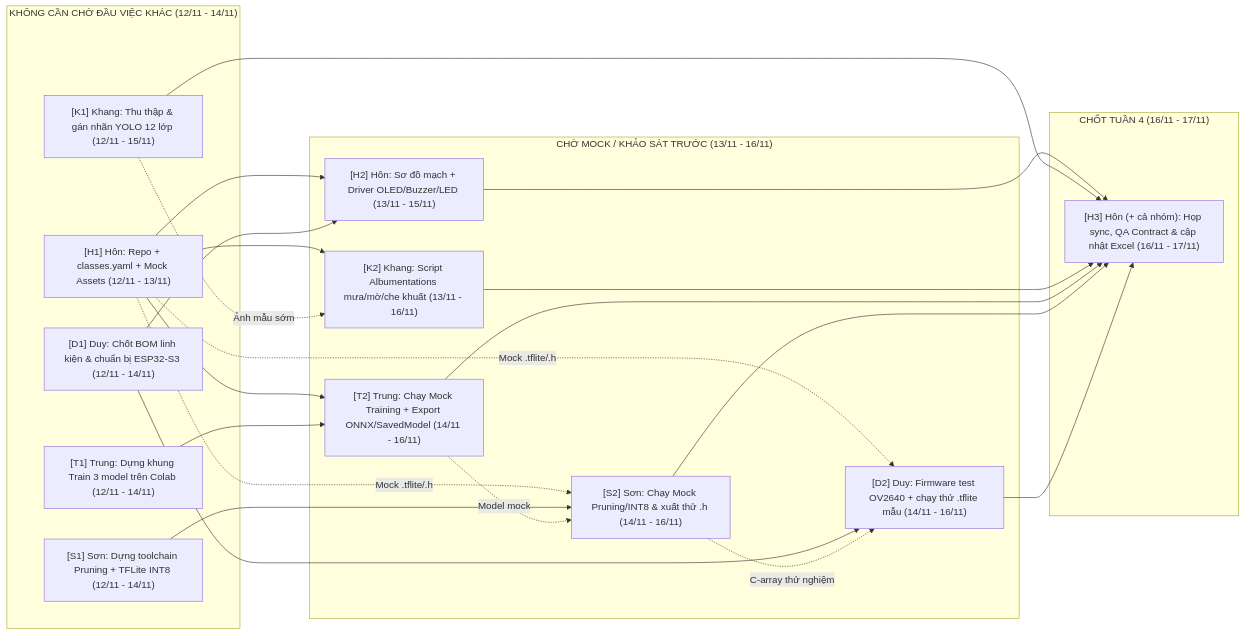
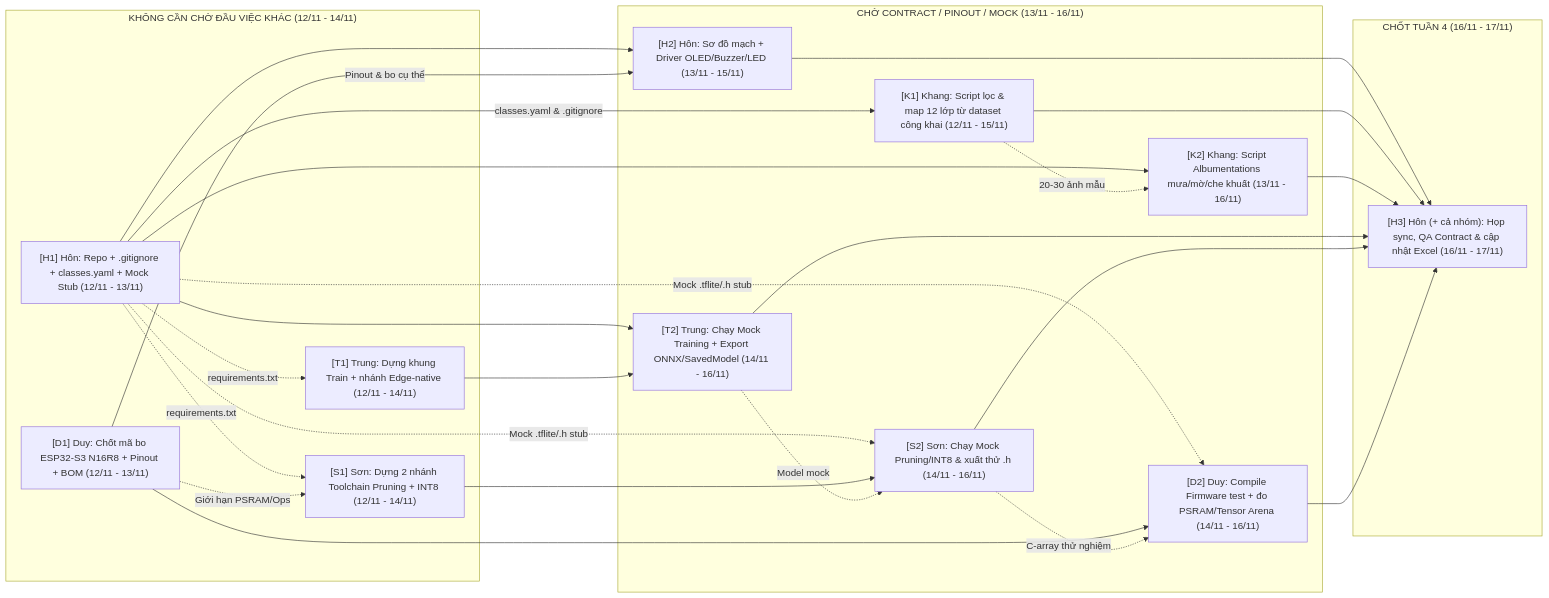
The diagram in Ke_Hoach_Thuc_Hien_Tuan_4.md (mrkiss-it/ce340-edgeai-traffic-sign-motorbike), drawn with Mermaid before and after one commit. The commit also changed other lines of this file, not shown here.

Commit message:
docs: fix TinyML toolchain split, ESP32-S3 feasibility, QCVN mapping, and git hygiene in Week 4 plan

````diff
--- a/Ke_Hoach_Thuc_Hien_Tuan_4.md
+++ b/Ke_Hoach_Thuc_Hien_Tuan_4.md
@@ -13,41 +13,45 @@
 ```mermaid
 flowchart LR
     subgraph PARALLEL["KHÔNG CẦN CHỜ ĐẦU VIỆC KHÁC (12/11 - 14/11)"]
-        H1["[H1] Hôn: Repo + classes.yaml + Mock Assets (12/11 - 13/11)"]
-        K1["[K1] Khang: Thu thập & gán nhãn YOLO 12 lớp (12/11 - 15/11)"]
-        D1["[D1] Duy: Chốt BOM linh kiện & chuẩn bị ESP32-S3 (12/11 - 14/11)"]
-        T1["[T1] Trung: Dựng khung Train 3 model trên Colab (12/11 - 14/11)"]
-        S1["[S1] Sơn: Dựng toolchain Pruning + TFLite INT8 (12/11 - 14/11)"]
+        H1["[H1] Hôn: Repo + .gitignore + classes.yaml + Mock Stub (12/11 - 13/11)"]
+        D1["[D1] Duy: Chốt mã bo ESP32-S3 N16R8 + Pinout + BOM (12/11 - 13/11)"]
+        T1["[T1] Trung: Dựng khung Train + nhánh Edge-native (12/11 - 14/11)"]
+        S1["[S1] Sơn: Dựng 2 nhánh Toolchain Pruning + INT8 (12/11 - 14/11)"]
     end
 
-    subgraph BLOCKED["CHỜ MOCK / KHẢO SÁT TRƯỚC (13/11 - 16/11)"]
+    subgraph BLOCKED["CHỜ CONTRACT / PINOUT / MOCK (13/11 - 16/11)"]
+        K1["[K1] Khang: Script lọc & map 12 lớp từ dataset công khai (12/11 - 15/11)"]
         H2["[H2] Hôn: Sơ đồ mạch + Driver OLED/Buzzer/LED (13/11 - 15/11)"]
         K2["[K2] Khang: Script Albumentations mưa/mờ/che khuất (13/11 - 16/11)"]
         T2["[T2] Trung: Chạy Mock Training + Export ONNX/SavedModel (14/11 - 16/11)"]
         S2["[S2] Sơn: Chạy Mock Pruning/INT8 & xuất thử .h (14/11 - 16/11)"]
-        D2["[D2] Duy: Firmware test OV2640 + chạy thử .tflite mẫu (14/11 - 16/11)"]
+        D2["[D2] Duy: Compile Firmware test + đo PSRAM/Tensor Arena (14/11 - 16/11)"]
     end
 
     subgraph SYNC["CHỐT TUẦN 4 (16/11 - 17/11)"]
         H3["[H3] Hôn (+ cả nhóm): Họp sync, QA Contract & cập nhật Excel (16/11 - 17/11)"]
     end
 
+    H1 -->|classes.yaml & .gitignore| K1
     H1 --> H2
     H1 --> K2
     H1 --> T2
-    H1 -.->|Mock .tflite/.h| S2
-    H1 -.->|Mock .tflite/.h| D2
-    D1 --> H2
+    H1 -.->|Mock .tflite/.h stub| S2
+    H1 -.->|Mock .tflite/.h stub| D2
+    H1 -.->|requirements.txt| T1
+    H1 -.->|requirements.txt| S1
+    D1 -->|Pinout & bo cụ thể| H2
+    D1 -.->|Giới hạn PSRAM/Ops| S1
     D1 --> D2
-    K1 -.->|Ảnh mẫu sớm| K2
+    K1 -.->|20-30 ảnh mẫu| K2
     T1 --> T2
     S1 --> S2
     T2 -.->|Model mock| S2
     S2 -.->|C-array thử nghiệm| D2
     H2 --> H3
     K1 --> H3
     K2 --> H3
     T2 --> H3
     S2 --> H3
     D2 --> H3
 ```
````
